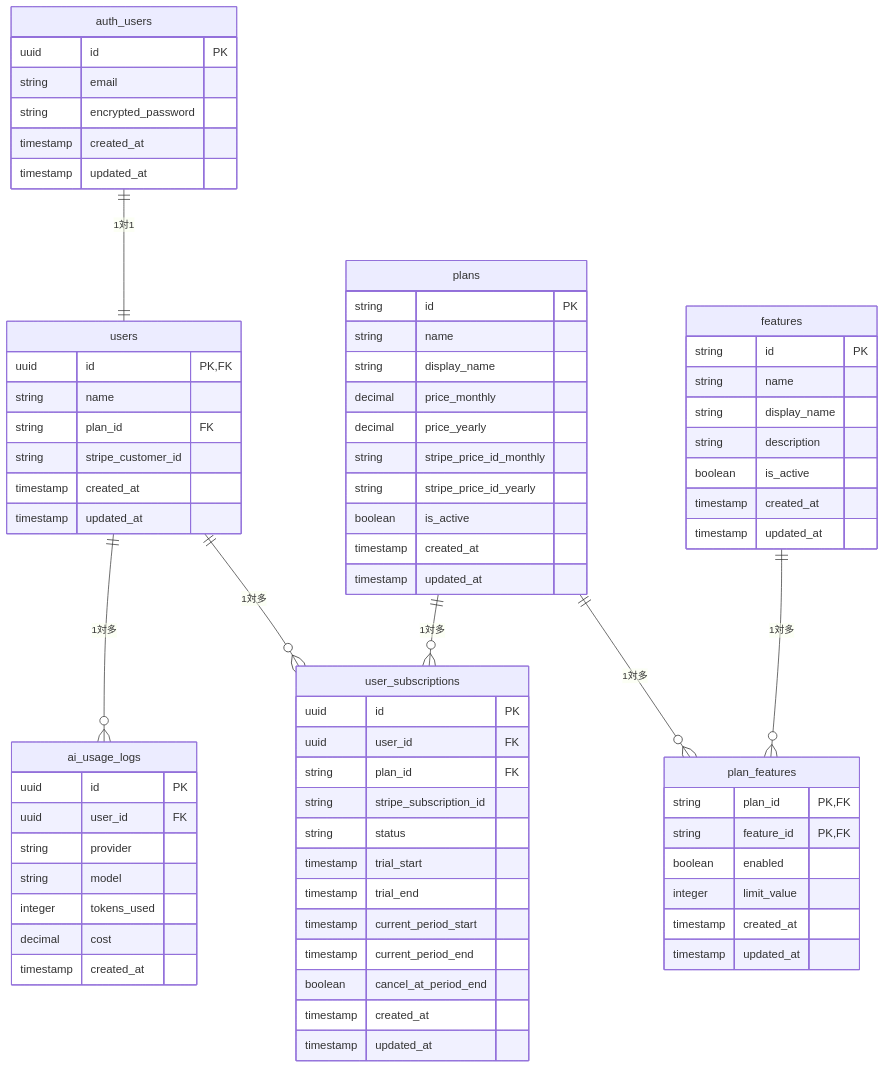
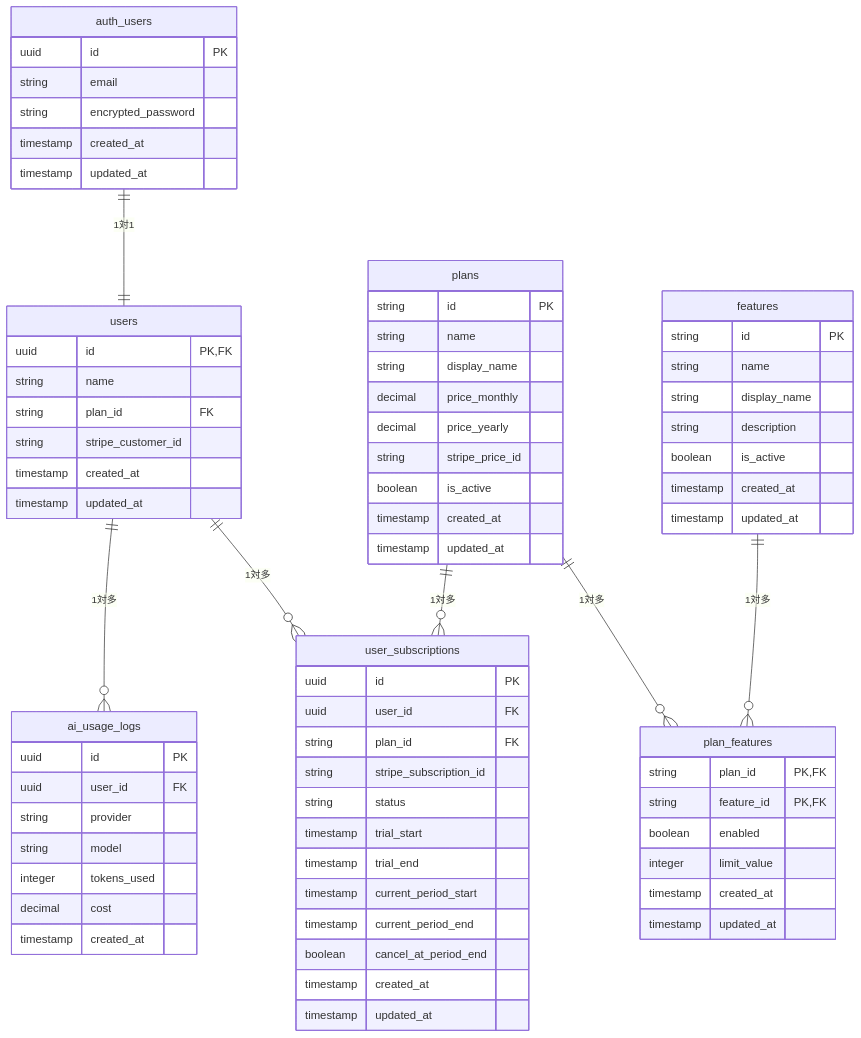
One commit to arashin0209/product-base changed the diagram in docs/database-design.md. Above: the diagram before and after it, drawn with Mermaid. The commit also changed other lines of this file and 4 other files, not shown here.

```diff
--- a/docs/database-design.md
+++ b/docs/database-design.md
@@ -48,8 +48,7 @@
         string display_name
         decimal price_monthly
         decimal price_yearly
-        string stripe_price_id_monthly
-        string stripe_price_id_yearly
+        string stripe_price_id
         boolean is_active
         timestamp created_at
         timestamp updated_at
```
